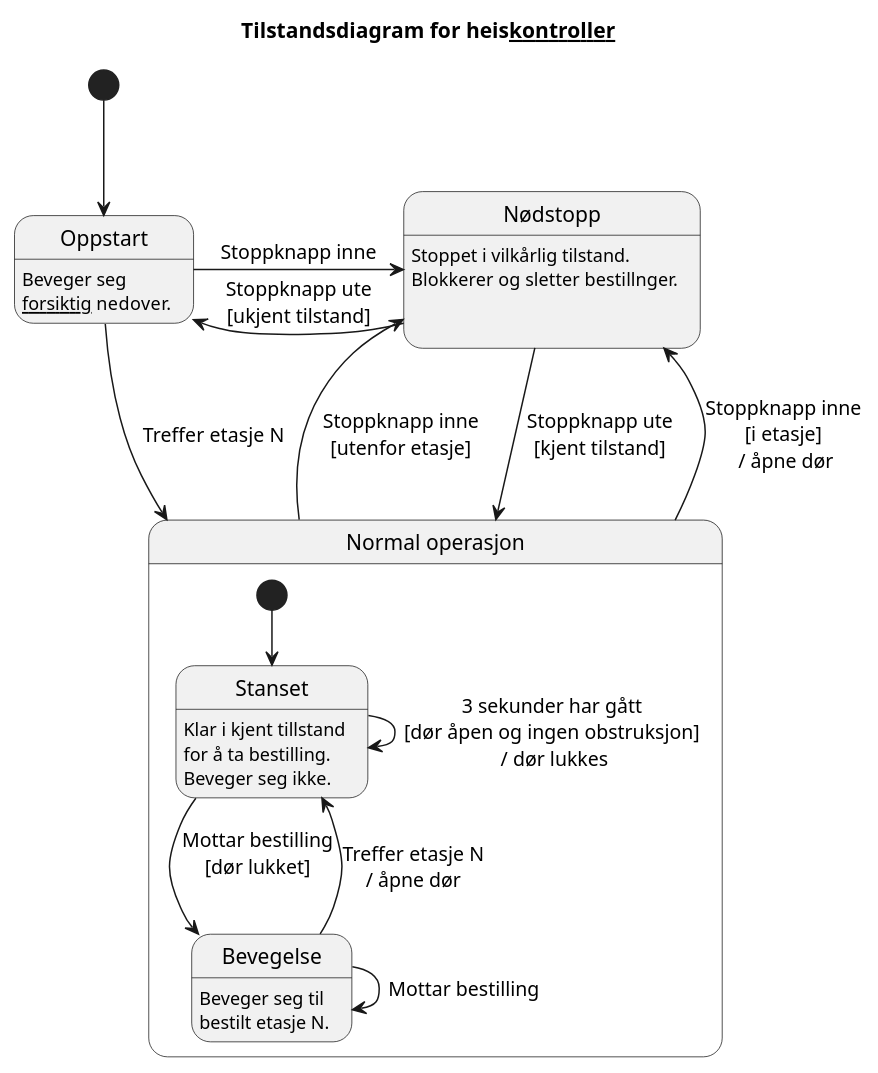
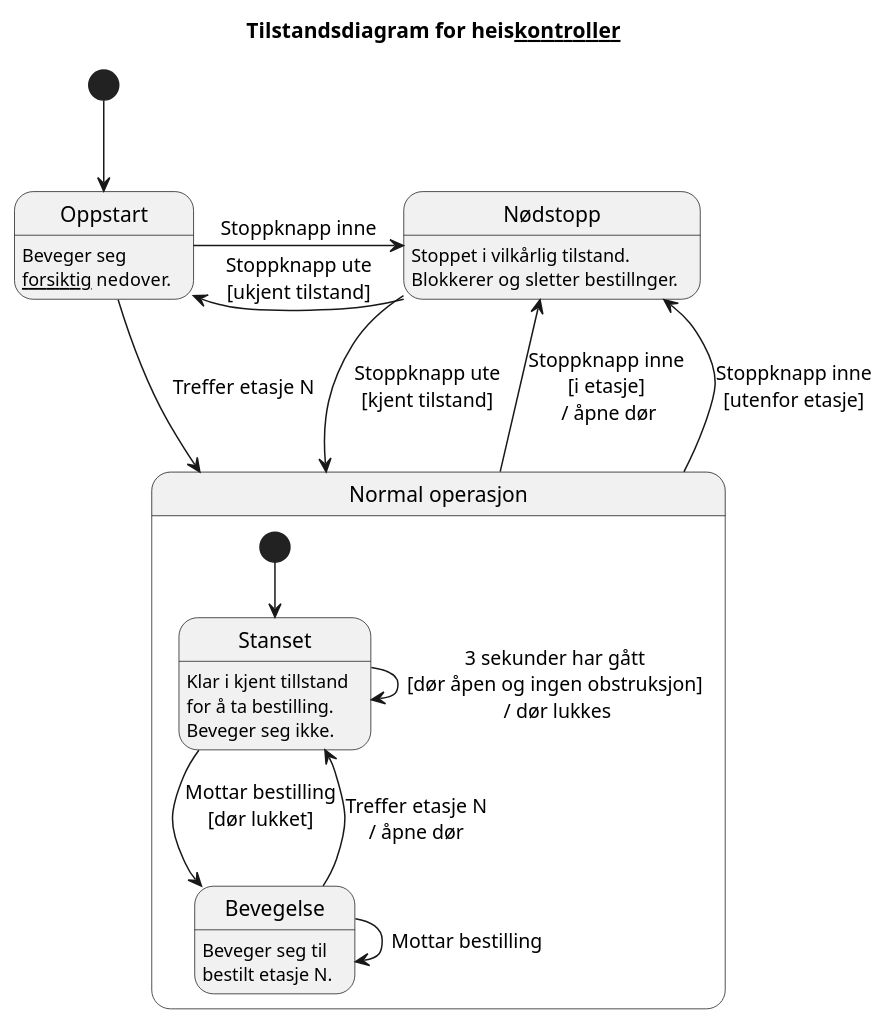
Before and after one commit to Paulijuz/heisinator: the diagram in docs/state_diagram.puml, drawn with PlantUML. The commit also changed 3 other files, not shown here.

Commit message:
legge til doer lys og penifisere diagram

```diff
--- a/docs/state_diagram.puml
+++ b/docs/state_diagram.puml
@@ -1,54 +1,52 @@
 @startuml heis_tilstandsdiagram
 title "Tilstandsdiagram for heis__kontroller__"
 
 state "Normal operasjon" as normal
 state "Oppstart" as oppstart
 state "Nødstopp" as stoppet
 'state "Oppstarts nødstopp" as oppstart_stoppet
 'state "Forvirret" as forvirret
 
 state normal {
 state "Bevegelse" as bevegelse
 state "Stanset" as stanset 
 'state "Betjening" as betjening
 
-  [*] -down-> stanset
+  [*] --> stanset
 
-  stanset -down-> bevegelse: Mottar bestilling\n[dør lukket]\n
+  stanset --> bevegelse: Mottar bestilling\n[dør lukket]\n
 'stanset --> stoppet: Stoppknapp trykkes
   stanset --> stanset: 3 sekunder har gått\n[dør åpen og ingen obstruksjon]\n / dør lukkes
   stanset: Klar i kjent tillstand\nfor å ta bestilling.
   stanset: Beveger seg ikke.
   
   bevegelse --> bevegelse: Mottar bestilling
 'bevegelse --> stoppet: Stoppknapp trykkes
   bevegelse -up-> stanset: Treffer etasje N\n/ åpne dør
 'bevegelse -up-> betjening: Treffer\netasje N
   bevegelse: Beveger seg til\nbestilt etasje N.
 
 'betjening -left-> klar: 3 sekunder har gått\nog ingen obstruksjon
 'betjening: Betjener etasje N.
 'betjening: Døren er åpen.
   
-  normal -up-> stoppet: Stoppknapp inne\n[i etasje]\n / åpne dør
-  normal -up-> stoppet: Stoppknapp inne\n[utenfor etasje]
+  normal --> stoppet: Stoppknapp inne\n[i etasje]\n / åpne dør
+  normal -left-> stoppet: Stoppknapp inne\n[utenfor etasje]
 'normal --> forvirret: Treffer\nuforventet\netasje
 }
 
 [*] -down-> oppstart
 
 oppstart -down-> normal: Treffer etasje N
 oppstart -right-> stoppet: Stoppknapp inne
 oppstart: Beveger seg\n__forsiktig__ nedover.
 
 'oppstart_stoppet -left-> oppstart: Stoppknapp\nslippes
 'oppstart_stoppet: Stoppet i ukjent tilstand.
 
-stoppet -down-> normal: Stoppknapp ute\n[kjent tilstand]
+stoppet --> normal: Stoppknapp ute\n[kjent tilstand]
 stoppet -left-> oppstart: Stoppknapp ute\n[ukjent tilstand]
 stoppet: Stoppet i vilkårlig tilstand.
 stoppet: Blokkerer og sletter bestillnger.
-stoppet: 
-stoppet:  
 
 @enduml
```
